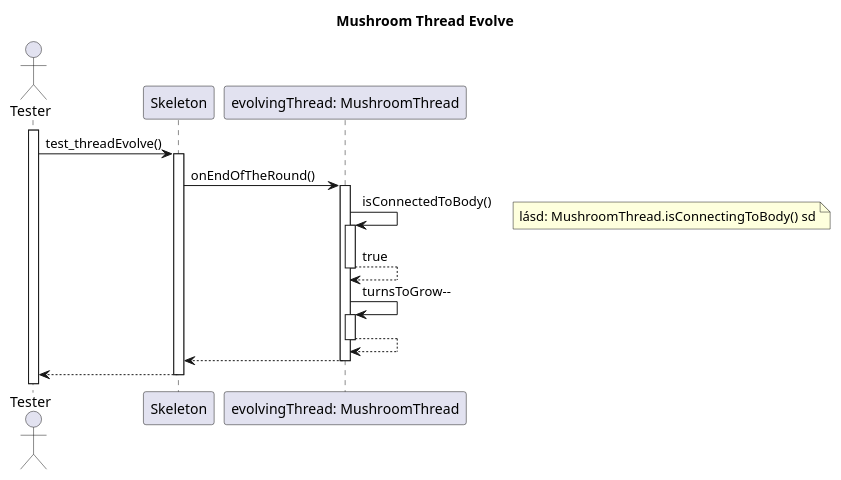
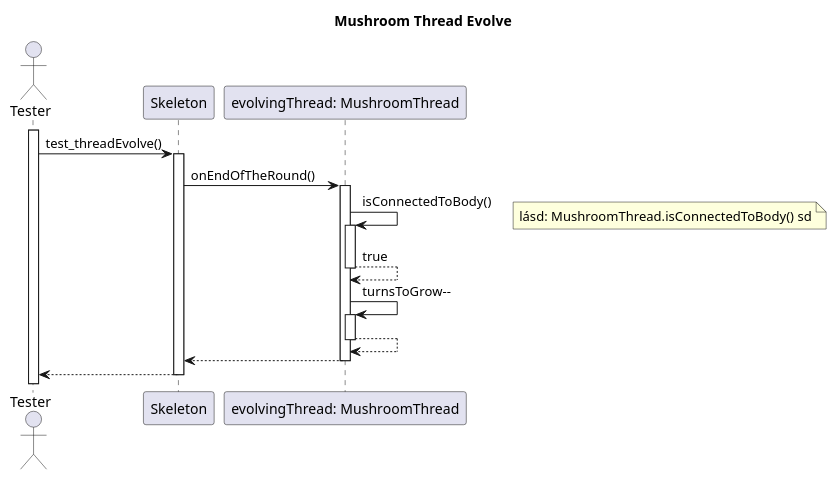
The diagram in diagrams/test-sequence/mushroom/mushroomThreadEvolve.wsd (dzsem/projlab), drawn with PlantUML before and after one commit. The commit also changed 3 other files, not shown here.

```diff
--- a/diagrams/test-sequence/mushroom/mushroomThreadEvolve.wsd
+++ b/diagrams/test-sequence/mushroom/mushroomThreadEvolve.wsd
@@ -1,34 +1,34 @@
 @startuml Mushroom Thread Evolve
 
 title Mushroom Thread Evolve
 
 actor "Tester" as tester
 participant "Skeleton" as skeleton
 
 participant "evolvingThread: MushroomThread" as emt
 
 activate tester
 tester -> skeleton: test_threadEvolve()
 activate skeleton
 
 skeleton -> emt: onEndOfTheRound()
 activate emt
 
 emt -> emt: isConnectedToBody()
 activate emt
-note right: lásd: MushroomThread.isConnectingToBody() sd 
+note right: lásd: MushroomThread.isConnectedToBody() sd 
 emt --> emt: true
 deactivate emt
 
 emt -> emt: turnsToGrow--
 activate emt
 emt --> emt
 deactivate emt
 
 emt --> skeleton
 deactivate emt
 
 skeleton --> tester
 deactivate skeleton
 
 @enduml
```
